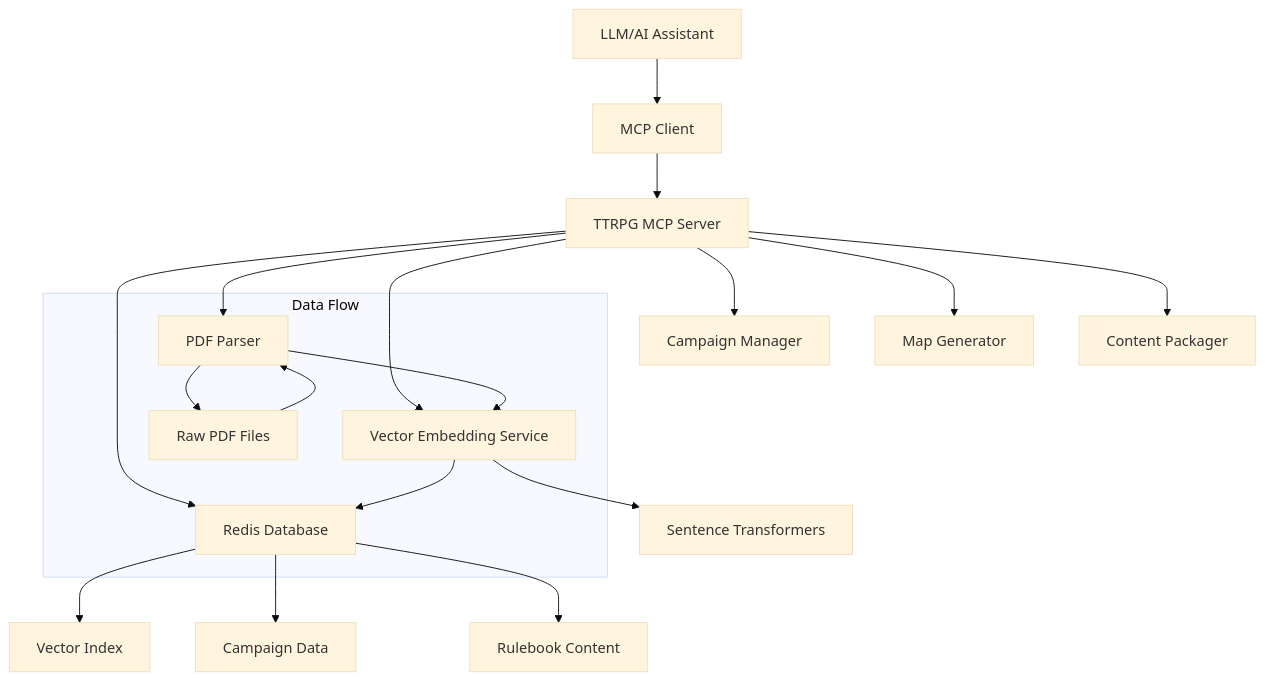
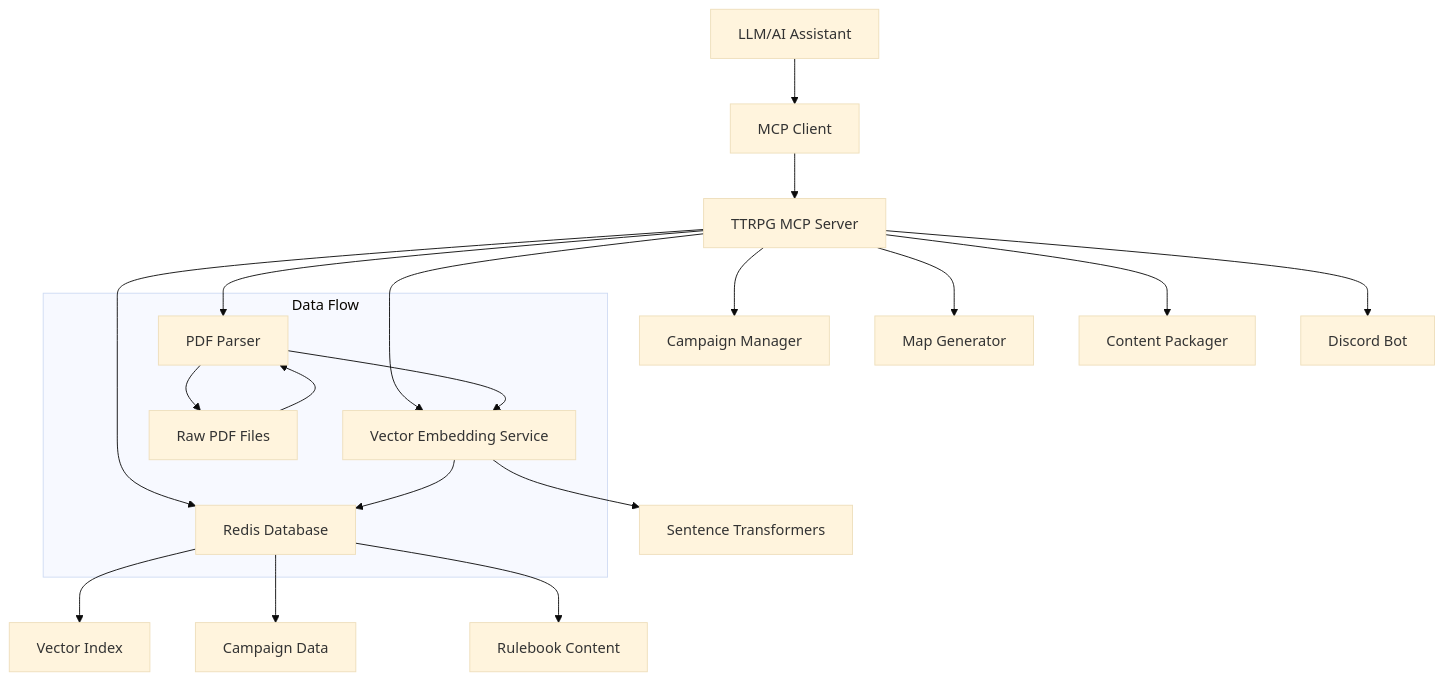
Before and after one commit to Raudbjorn/mcp-dm-gemini: the diagram in design.md, drawn with Mermaid (base theme). The commit also changed other lines of this file and 8 other files, not shown here.

````diff
--- a/design.md
+++ b/design.md
@@ -11,23 +11,24 @@
 ```mermaid
 graph TB
     A[LLM/AI Assistant] --> B[MCP Client]
     B --> C[TTRPG MCP Server]
     C --> D[PDF Parser]
     C --> E[Vector Embedding Service]
     C --> F[Redis Database]
     C --> G[Campaign Manager]
     C --> M[Map Generator]
     C --> N[Content Packager]
+    C --> O[Discord Bot]
     
     D --> H[Raw PDF Files]
     E --> I[Sentence Transformers]
     F --> J[Vector Index]
     F --> K[Campaign Data]
     F --> L[Rulebook Content]
     
     subgraph "Data Flow"
         H --> D
         D --> E
         E --> F
     end
 ```
````
